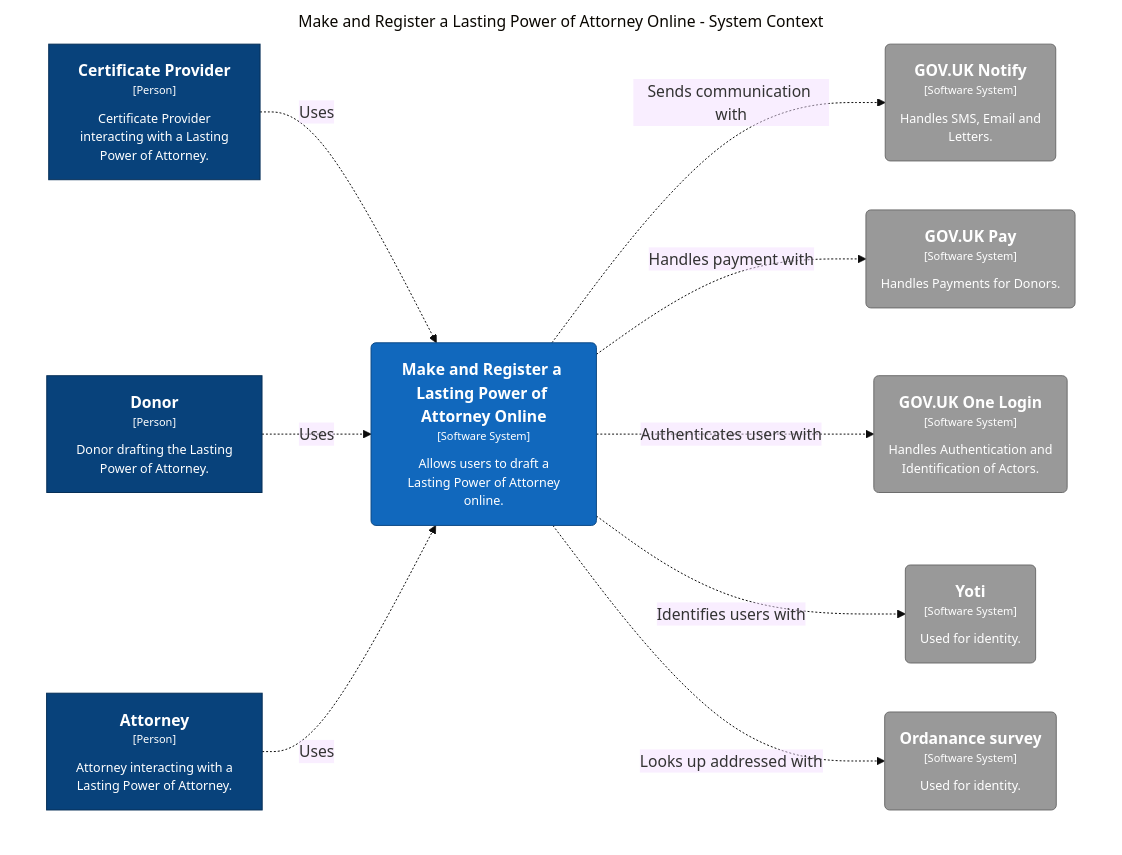
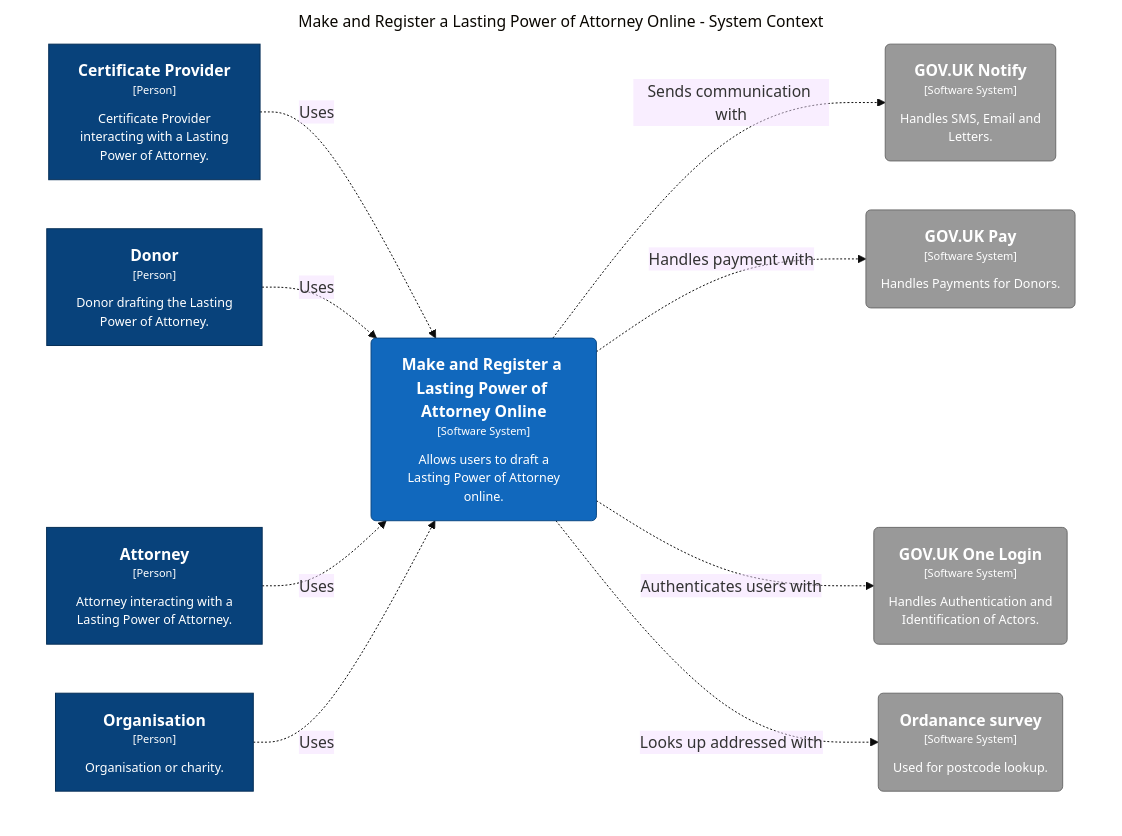
One commit to ministryofjustice/opg-modernising-lpa changed the diagram in docs/architecture/dsl/local/structurizr-SystemContext.mmd. Above: the diagram before and after it, drawn with Mermaid (base theme). The commit also changed 3 other files, not shown here.

```diff
--- a/docs/architecture/dsl/local/structurizr-SystemContext.mmd
+++ b/docs/architecture/dsl/local/structurizr-SystemContext.mmd
@@ -1,34 +1,34 @@
 graph TB
   linkStyle default fill:#ffffff
 
-  subgraph diagram [Make and Register a Lasting Power of Attorney Online - System Context]
+  subgraph diagram ["Make and Register a Lasting Power of Attorney Online - System Context"]
     style diagram fill:#ffffff,stroke:#ffffff
 
-    10("<div style='font-weight: bold'>GOV.UK Notify</div><div style='font-size: 70%; margin-top: 0px'>[Software System]</div><div style='font-size: 80%; margin-top:10px'>Handles SMS, Email and<br />Letters.</div>")
-    style 10 fill:#999999,stroke:#6b6b6b,color:#ffffff
-    11("<div style='font-weight: bold'>GOV.UK Pay</div><div style='font-size: 70%; margin-top: 0px'>[Software System]</div><div style='font-size: 80%; margin-top:10px'>Handles Payments for Donors.</div>")
-    style 11 fill:#999999,stroke:#6b6b6b,color:#ffffff
-    12("<div style='font-weight: bold'>GOV.UK One Login</div><div style='font-size: 70%; margin-top: 0px'>[Software System]</div><div style='font-size: 80%; margin-top:10px'>Handles Authentication and<br />Identification of Actors.</div>")
-    style 12 fill:#999999,stroke:#6b6b6b,color:#ffffff
-    13("<div style='font-weight: bold'>Yoti</div><div style='font-size: 70%; margin-top: 0px'>[Software System]</div><div style='font-size: 80%; margin-top:10px'>Used for identity.</div>")
-    style 13 fill:#999999,stroke:#6b6b6b,color:#ffffff
-    14("<div style='font-weight: bold'>Ordanance survey</div><div style='font-size: 70%; margin-top: 0px'>[Software System]</div><div style='font-size: 80%; margin-top:10px'>Used for identity.</div>")
-    style 14 fill:#999999,stroke:#6b6b6b,color:#ffffff
     2["<div style='font-weight: bold'>Attorney</div><div style='font-size: 70%; margin-top: 0px'>[Person]</div><div style='font-size: 80%; margin-top:10px'>Attorney interacting with a<br />Lasting Power of Attorney.</div>"]
     style 2 fill:#08427b,stroke:#052e56,color:#ffffff
+    21("<div style='font-weight: bold'>GOV.UK Notify</div><div style='font-size: 70%; margin-top: 0px'>[Software System]</div><div style='font-size: 80%; margin-top:10px'>Handles SMS, Email and<br />Letters.</div>")
+    style 21 fill:#999999,stroke:#6b6b6b,color:#ffffff
+    22("<div style='font-weight: bold'>GOV.UK Pay</div><div style='font-size: 70%; margin-top: 0px'>[Software System]</div><div style='font-size: 80%; margin-top:10px'>Handles Payments for Donors.</div>")
+    style 22 fill:#999999,stroke:#6b6b6b,color:#ffffff
+    23("<div style='font-weight: bold'>GOV.UK One Login</div><div style='font-size: 70%; margin-top: 0px'>[Software System]</div><div style='font-size: 80%; margin-top:10px'>Handles Authentication and<br />Identification of Actors.</div>")
+    style 23 fill:#999999,stroke:#6b6b6b,color:#ffffff
+    24("<div style='font-weight: bold'>Ordanance survey</div><div style='font-size: 70%; margin-top: 0px'>[Software System]</div><div style='font-size: 80%; margin-top:10px'>Used for postcode lookup.</div>")
+    style 24 fill:#999999,stroke:#6b6b6b,color:#ffffff
     3["<div style='font-weight: bold'>Donor</div><div style='font-size: 70%; margin-top: 0px'>[Person]</div><div style='font-size: 80%; margin-top:10px'>Donor drafting the Lasting<br />Power of Attorney.</div>"]
     style 3 fill:#08427b,stroke:#052e56,color:#ffffff
     4["<div style='font-weight: bold'>Certificate Provider</div><div style='font-size: 70%; margin-top: 0px'>[Person]</div><div style='font-size: 80%; margin-top:10px'>Certificate Provider<br />interacting with a Lasting<br />Power of Attorney.</div>"]
     style 4 fill:#08427b,stroke:#052e56,color:#ffffff
-    6("<div style='font-weight: bold'>Make and Register a Lasting Power of Attorney Online</div><div style='font-size: 70%; margin-top: 0px'>[Software System]</div><div style='font-size: 80%; margin-top:10px'>Allows users to draft a<br />Lasting Power of Attorney<br />online.</div>")
-    style 6 fill:#1168bd,stroke:#0b4884,color:#ffffff
+    6["<div style='font-weight: bold'>Organisation</div><div style='font-size: 70%; margin-top: 0px'>[Person]</div><div style='font-size: 80%; margin-top:10px'>Organisation or charity.</div>"]
+    style 6 fill:#08427b,stroke:#052e56,color:#ffffff
+    7("<div style='font-weight: bold'>Make and Register a Lasting Power of Attorney Online</div><div style='font-size: 70%; margin-top: 0px'>[Software System]</div><div style='font-size: 80%; margin-top:10px'>Allows users to draft a<br />Lasting Power of Attorney<br />online.</div>")
+    style 7 fill:#1168bd,stroke:#0b4884,color:#ffffff
 
-    4-. "<div>Uses</div><div style='font-size: 70%'></div>" .->6
-    3-. "<div>Uses</div><div style='font-size: 70%'></div>" .->6
-    2-. "<div>Uses</div><div style='font-size: 70%'></div>" .->6
-    6-. "<div>Sends communication with</div><div style='font-size: 70%'></div>" .->10
-    6-. "<div>Handles payment with</div><div style='font-size: 70%'></div>" .->11
-    6-. "<div>Authenticates users with</div><div style='font-size: 70%'></div>" .->12
-    6-. "<div>Identifies users with</div><div style='font-size: 70%'></div>" .->13
-    6-. "<div>Looks up addressed with</div><div style='font-size: 70%'></div>" .->14
+    4-. "<div>Uses</div><div style='font-size: 70%'></div>" .->7
+    3-. "<div>Uses</div><div style='font-size: 70%'></div>" .->7
+    2-. "<div>Uses</div><div style='font-size: 70%'></div>" .->7
+    6-. "<div>Uses</div><div style='font-size: 70%'></div>" .->7
+    7-. "<div>Sends communication with</div><div style='font-size: 70%'></div>" .->21
+    7-. "<div>Handles payment with</div><div style='font-size: 70%'></div>" .->22
+    7-. "<div>Authenticates users with</div><div style='font-size: 70%'></div>" .->23
+    7-. "<div>Looks up addressed with</div><div style='font-size: 70%'></div>" .->24
   end
```
